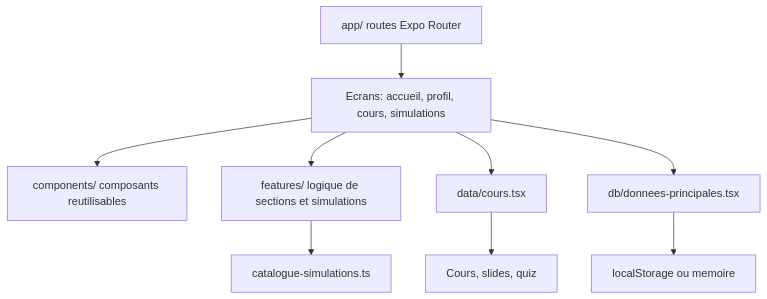
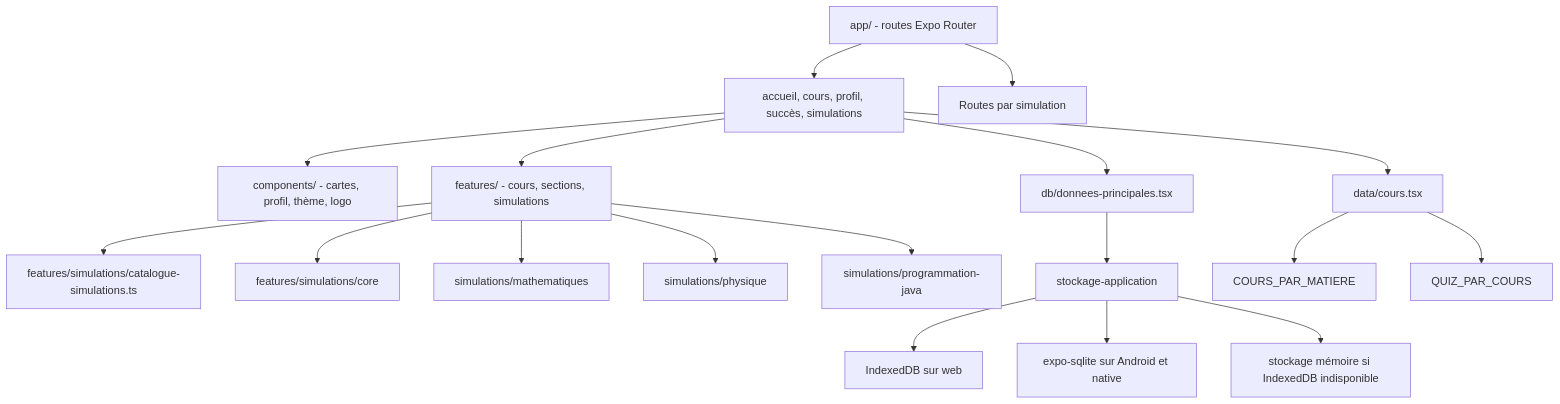
One commit to El-Lebaba/Evidexe changed the fourth of 4 diagrams in RAPPORT_COMPLET_EVIDEXE.md. Above: the diagram before and after it, drawn with Mermaid. The commit also changed other lines of this file, not shown here.

````diff
--- a/RAPPORT_COMPLET_EVIDEXE.md
+++ b/RAPPORT_COMPLET_EVIDEXE.md
@@ -298,11 +306,24 @@
 ```mermaid
 flowchart TB
-  A[app/ routes Expo Router] --> B[Ecrans: accueil, profil, cours, simulations]
-  B --> C[components/ composants reutilisables]
-  B --> D[features/ logique de sections et simulations]
-  B --> E[data/cours.tsx]
-  B --> F[db/donnees-principales.tsx]
-  D --> G[catalogue-simulations.ts]
-  F --> H[localStorage ou memoire]
-  E --> I[Cours, slides, quiz]
+  App[app/ - routes Expo Router] --> Accueil[accueil, cours, profil, succès, simulations]
+  App --> RoutesSim[Routes par simulation]
+
+  Accueil --> Components[components/ - cartes, profil, thème, logo]
+  Accueil --> Features[features/ - cours, sections, simulations]
+  Accueil --> Data[data/cours.tsx]
+  Accueil --> DB[db/donnees-principales.tsx]
+
+  Features --> Catalogue[features/simulations/catalogue-simulations.ts]
+  Features --> Core[features/simulations/core]
+  Features --> SimMath[simulations/mathematiques]
+  Features --> SimPhysique[simulations/physique]
+  Features --> SimJava[simulations/programmation-java]
+
+  DB --> Stockage[stockage-application]
+  Stockage --> IndexedDB[IndexedDB sur web]
+  Stockage --> SQLite[expo-sqlite sur Android et native]
+  Stockage --> Memoire[stockage mémoire si IndexedDB indisponible]
+
+  Data --> CoursParMatiere[COURS_PAR_MATIERE]
+  Data --> Quiz[QUIZ_PAR_COURS]
 ```
````
